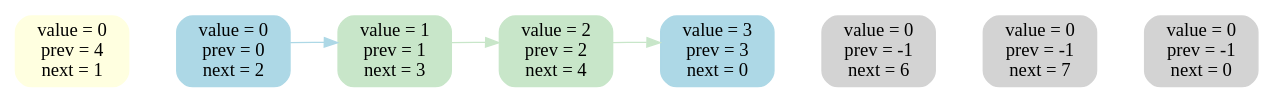
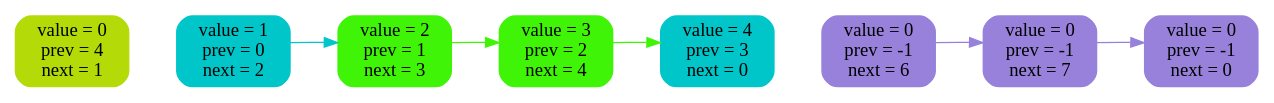
One commit to 2210223t-lang/2-linked-list changed the diagram in list_log/img/5.dot. Above: the diagram before and after it, drawn with Graphviz. The commit also changed 29 other files, not shown here.

```diff
--- a/list_log/img/5.dot
+++ b/list_log/img/5.dot
@@ -1,21 +1,23 @@
 digraph {
 rankdir = LR
-n0 [ label = "value = 0\nprev = 4\nnext = 1", shape = Mrecord, fontsize = 14,style = filled, color = lightyellow ]
-n1 [ label = "value = 0\nprev = 0\nnext = 2", shape = Mrecord, fontsize = 14,style = filled, color = lightblue ]
-n2 [ label = "value = 1\nprev = 1\nnext = 3", shape = Mrecord, fontsize = 14,style = filled, color = "#C8E6C9" ]
-n3 [ label = "value = 2\nprev = 2\nnext = 4", shape = Mrecord, fontsize = 14,style = filled, color = "#C8E6C9" ]
-n4 [ label = "value = 3\nprev = 3\nnext = 0", shape = Mrecord, fontsize = 14,style = filled, color = lightblue ]
-n5 [ label = "value = 0\nprev = -1\nnext = 6", shape = Mrecord, fontsize = 14,style = filled, color = lightgray ]
-n6 [ label = "value = 0\nprev = -1\nnext = 7", shape = Mrecord, fontsize = 14,style = filled, color = lightgray ]
-n7 [ label = "value = 0\nprev = -1\nnext = 0", shape = Mrecord, fontsize = 14,style = filled, color = lightgray ]
+n0 [ label = "value = 0\nprev = 4\nnext = 1", shape = Mrecord, fontsize = 14,style = filled, color = "#b4da08" ]
+n1 [ label = "value = 1\nprev = 0\nnext = 2", shape = Mrecord, fontsize = 14,style = filled, color = "#00c6c9" ]
+n2 [ label = "value = 2\nprev = 1\nnext = 3", shape = Mrecord, fontsize = 14,style = filled, color = "#3ff407" ]
+n3 [ label = "value = 3\nprev = 2\nnext = 4", shape = Mrecord, fontsize = 14,style = filled, color = "#3ff407" ]
+n4 [ label = "value = 4\nprev = 3\nnext = 0", shape = Mrecord, fontsize = 14,style = filled, color = "#00c6c9" ]
+n5 [ label = "value = 0\nprev = -1\nnext = 6", shape = Mrecord, fontsize = 14,style = filled, color = "#9781db" ]
+n6 [ label = "value = 0\nprev = -1\nnext = 7", shape = Mrecord, fontsize = 14,style = filled, color = "#9781db" ]
+n7 [ label = "value = 0\nprev = -1\nnext = 0", shape = Mrecord, fontsize = 14,style = filled, color = "#9781db" ]
 n0 -> n1 [ style = invis, weight = 100 ]
 n1 -> n2 [ style = invis, weight = 100 ]
 n2 -> n3 [ style = invis, weight = 100 ]
 n3 -> n4 [ style = invis, weight = 100 ]
 n4 -> n5 [ style = invis, weight = 100 ]
 n5 -> n6 [ style = invis, weight = 100 ]
 n6 -> n7 [ style = invis, weight = 100 ]
-n1 -> n2 [style = filled, color = lightblue ]
-n2 -> n3 [style = filled, color = "#C8E6C9" ]
-n3 -> n4 [style = filled, color = "#C8E6C9" ]
+n1 -> n2 [style = filled, color = "#00c6c9" ]
+n2 -> n3 [style = filled, color = "#3ff407" ]
+n3 -> n4 [style = filled, color = "#3ff407" ]
+n5 -> n6 [style = filled, color = "#9781db" ]
+n6 -> n7 [style = filled, color = "#9781db" ]
 }
```
